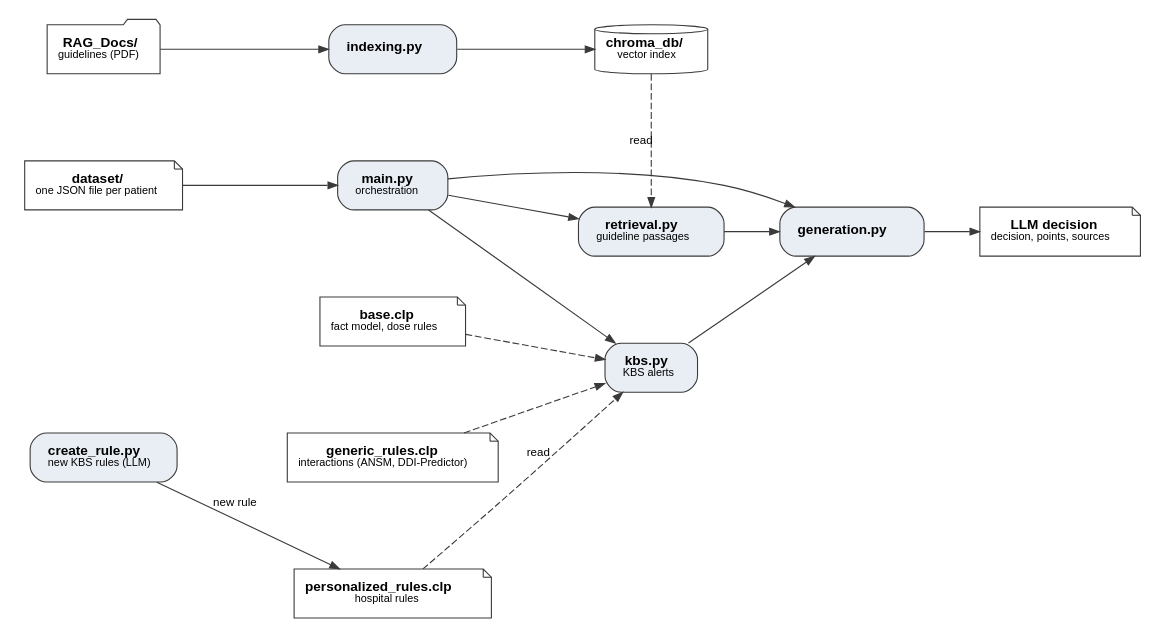
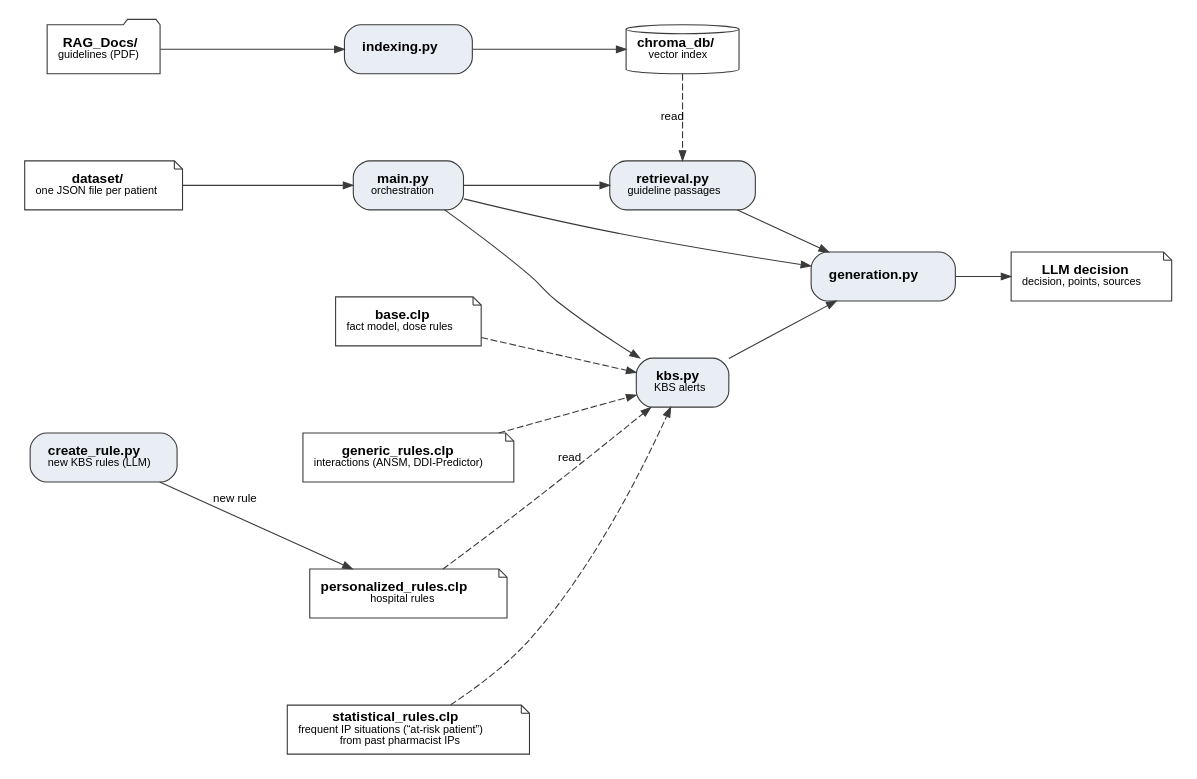
The diagram in paper/figures_en/figure_1.dot (naikenisen/projet_pui), drawn with Graphviz before and after one commit. The commit also changed 8 other files, not shown here.

Commit message:
statistical rules file added

```diff
--- a/paper/figures_en/figure_1.dot
+++ b/paper/figures_en/figure_1.dot
@@ -1,49 +1,51 @@
 // Figure 1 : architecture du pipeline ; export : dot -Tpdf figure_1.dot -o figure_1.pdf
 digraph architecture {
     graph [rankdir=LR, fontname="Helvetica", nodesep=0.45, ranksep=0.55, pad=0.15, newrank=true];
     node  [fontname="Helvetica", fontsize=10, color="#3A3A3A", penwidth=0.8];
     edge  [fontname="Helvetica", fontsize=8.5, color="#3A3A3A", arrowsize=0.7, penwidth=0.8];
 
     node [shape=folder, style=filled, fillcolor="#FFFFFF"];
     base     [label=<<B>RAG_Docs/</B><BR/><FONT POINT-SIZE="8.5">guidelines (PDF)</FONT>>];
     patients [shape=note, label=<<B>dataset/</B><BR/><FONT POINT-SIZE="8.5">one JSON file per patient</FONT>>];
     chroma   [shape=cylinder, label=<<B>chroma_db/</B><BR/><FONT POINT-SIZE="8.5">vector index</FONT>>];
     decision [shape=note, label=<<B>LLM decision</B><BR/><FONT POINT-SIZE="8.5">decision, points, sources</FONT>>];
     base_clp           [shape=note, label=<<B>base.clp</B><BR/><FONT POINT-SIZE="8.5">fact model, dose rules</FONT>>];
     generic_rules      [shape=note, label=<<B>generic_rules.clp</B><BR/><FONT POINT-SIZE="8.5">interactions (ANSM, DDI-Predictor)</FONT>>];
     personalized_rules [shape=note, label=<<B>personalized_rules.clp</B><BR/><FONT POINT-SIZE="8.5">hospital rules</FONT>>];
+    statistical_rules  [shape=note, label=<<B>statistical_rules.clp</B><BR/><FONT POINT-SIZE="8.5">frequent IP situations (“at-risk patient”)<BR/>from past pharmacist IPs</FONT>>];
 
     node [shape=box, style="rounded,filled", fillcolor="#E9EEF4", margin="0.18,0.08"];
     indexing [label=<<B>indexing.py</B>>];
     main       [label=<<B>main.py</B><BR/><FONT POINT-SIZE="8.5">orchestration</FONT>>];
     retrieval      [label=<<B>retrieval.py</B><BR/><FONT POINT-SIZE="8.5">guideline passages</FONT>>];
     kbs        [label=<<B>kbs.py</B><BR/><FONT POINT-SIZE="8.5">KBS alerts</FONT>>];
     generation [label=<<B>generation.py</B>>];
     create_rule [label=<<B>create_rule.py</B><BR/><FONT POINT-SIZE="8.5">new KBS rules (LLM)</FONT>>];
 
     { rank=same; base; patients; create_rule; }
-    { rank=same; indexing; main; base_clp; generic_rules; personalized_rules; }
+    { rank=same; indexing; main; base_clp; generic_rules; personalized_rules; statistical_rules; }
     { rank=same; chroma; retrieval; kbs; }
 
     // Invisible edges keep the vertical order: RAG on top, rules at the bottom
     edge [style=invis];
     base -> patients -> create_rule;
-    indexing -> main -> base_clp -> generic_rules -> personalized_rules;
+    indexing -> main -> base_clp -> generic_rules -> personalized_rules -> statistical_rules;
     chroma -> retrieval -> kbs;
     edge [style=solid];
 
     base -> indexing -> chroma;
     chroma -> retrieval [style=dashed, label="read"];
 
     patients -> main;
     main -> generation;
     main -> retrieval;
     main -> kbs;
     retrieval -> generation;
     kbs -> generation;
     create_rule -> personalized_rules [label="new rule"];
     base_clp -> kbs [style=dashed];
     generic_rules -> kbs [style=dashed];
     personalized_rules -> kbs [style=dashed, label="read"];
+    statistical_rules -> kbs [style=dashed];
     generation -> decision;
 }
```
